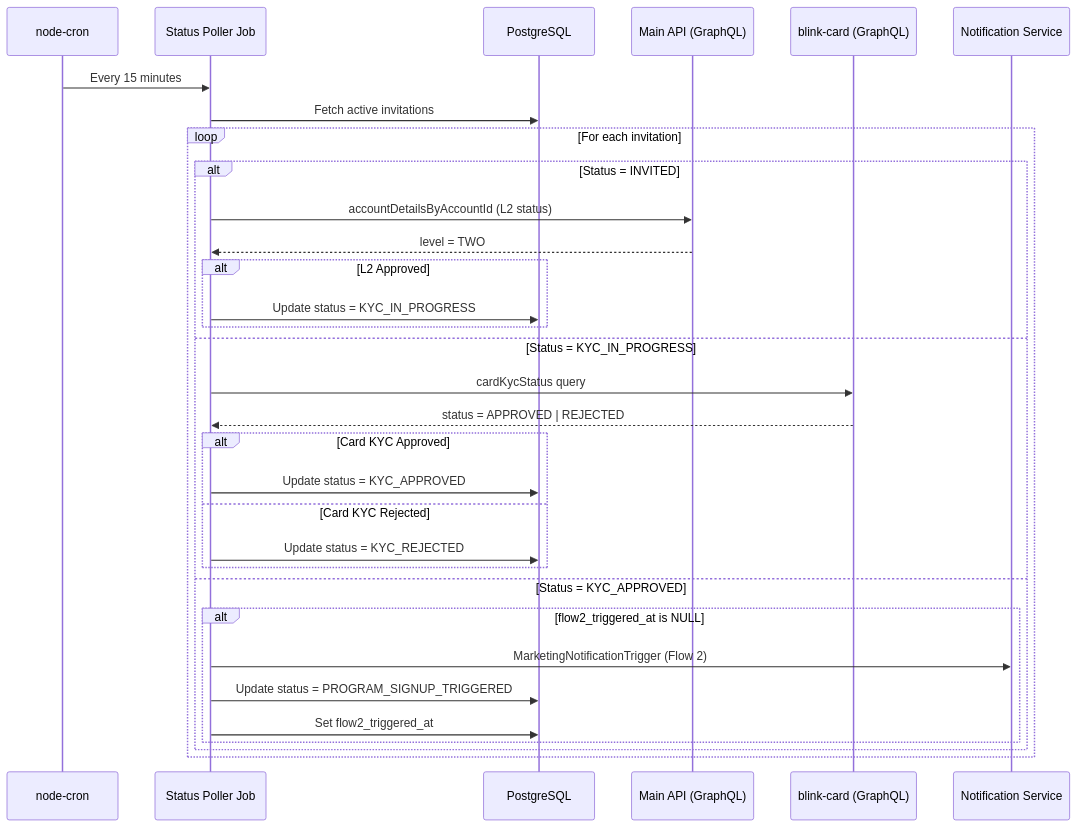
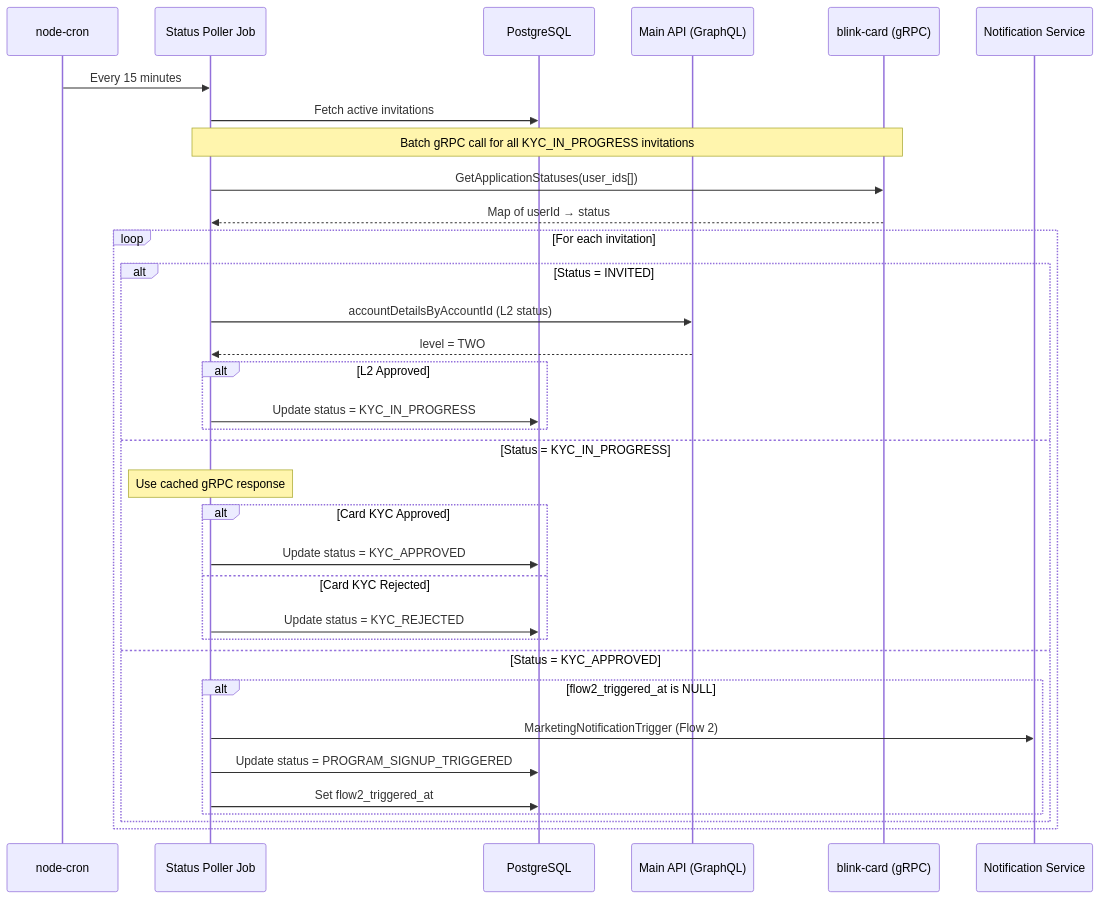
The fifth of 7 diagrams in docs/bmad/tech-spec-program-invitation-system.md (blinkbitcoin/blink), drawn with Mermaid before and after one commit. The commit also changed other lines of this file and 3 other files, not shown here.

````diff
--- a/docs/bmad/tech-spec-program-invitation-system.md
+++ b/docs/bmad/tech-spec-program-invitation-system.md
@@ -295,36 +302,39 @@
 ```mermaid
 sequenceDiagram
     participant Cron as node-cron
     participant Poller as Status Poller Job
     participant DB as PostgreSQL
     participant MainAPI as Main API (GraphQL)
-    participant BlinkCard as blink-card (GraphQL)
+    participant BlinkCard as blink-card (gRPC)
     participant Notif as Notification Service
 
     Cron->>Poller: Every 15 minutes
     Poller->>DB: Fetch active invitations
+
+    Note over Poller,BlinkCard: Batch gRPC call for all KYC_IN_PROGRESS invitations
+    Poller->>BlinkCard: GetApplicationStatuses(user_ids[])
+    BlinkCard-->>Poller: Map of userId → status
 
     loop For each invitation
         alt Status = INVITED
             Poller->>MainAPI: accountDetailsByAccountId (L2 status)
             MainAPI-->>Poller: level = TWO
             alt L2 Approved
                 Poller->>DB: Update status = KYC_IN_PROGRESS
             end
         else Status = KYC_IN_PROGRESS
-            Poller->>BlinkCard: cardKycStatus query
-            BlinkCard-->>Poller: status = APPROVED | REJECTED
+            Note over Poller: Use cached gRPC response
             alt Card KYC Approved
                 Poller->>DB: Update status = KYC_APPROVED
             else Card KYC Rejected
                 Poller->>DB: Update status = KYC_REJECTED
             end
         else Status = KYC_APPROVED
             alt flow2_triggered_at is NULL
                 Poller->>Notif: MarketingNotificationTrigger (Flow 2)
                 Poller->>DB: Update status = PROGRAM_SIGNUP_TRIGGERED
                 Poller->>DB: Set flow2_triggered_at
             end
         end
     end
 ```
````
